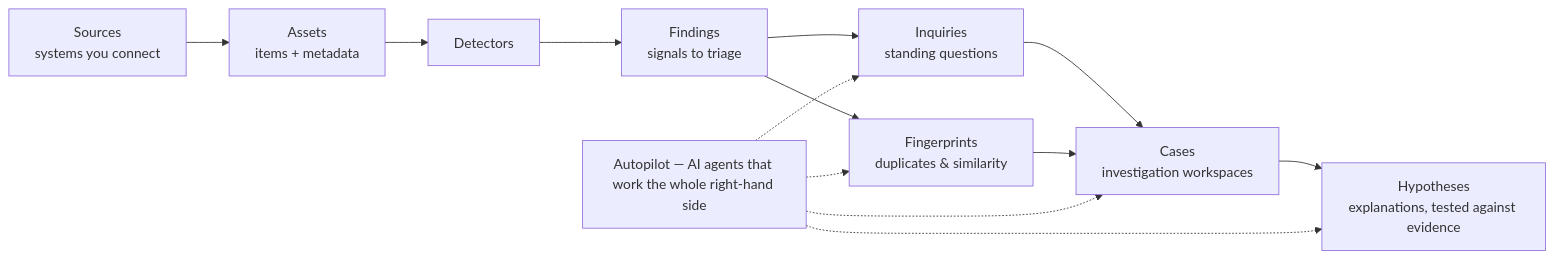
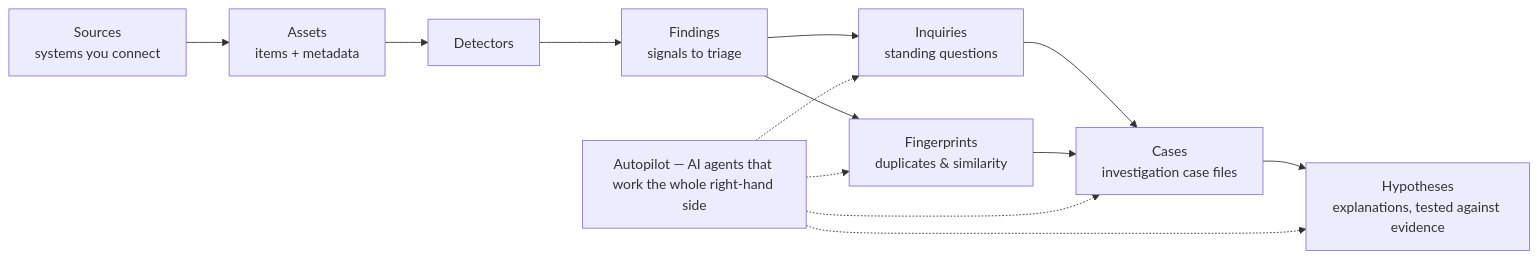
One commit to classifyre/classifyre changed the first of 3 diagrams in apps/docs/app/investigations/page.mdx. Above: the diagram before and after it, drawn with Mermaid. The commit also changed other lines of this file and 20 other files, not shown here.

````diff
--- a/apps/docs/app/investigations/page.mdx
+++ b/apps/docs/app/investigations/page.mdx
@@ -20,19 +20,19 @@
 ```mermaid
 graph LR
     Source["Sources<br/>systems you connect"] --> Asset["Assets<br/>items + metadata"]
     Asset --> Detect["Detectors"]
     Detect --> Finding["Findings<br/>signals to triage"]
 
     Finding --> Inquiry["Inquiries<br/>standing questions"]
     Finding --> FP["Fingerprints<br/>duplicates & similarity"]
 
-    Inquiry --> Case["Cases<br/>investigation workspaces"]
+    Inquiry --> Case["Cases<br/>investigation case files"]
     FP --> Case
     Case --> Hyp["Hypotheses<br/>explanations, tested against evidence"]
 
     Harness["Autopilot — AI agents that work the whole right-hand side"]
     Harness -.-> Inquiry
     Harness -.-> FP
     Harness -.-> Case
     Harness -.-> Hyp
 ```
````
